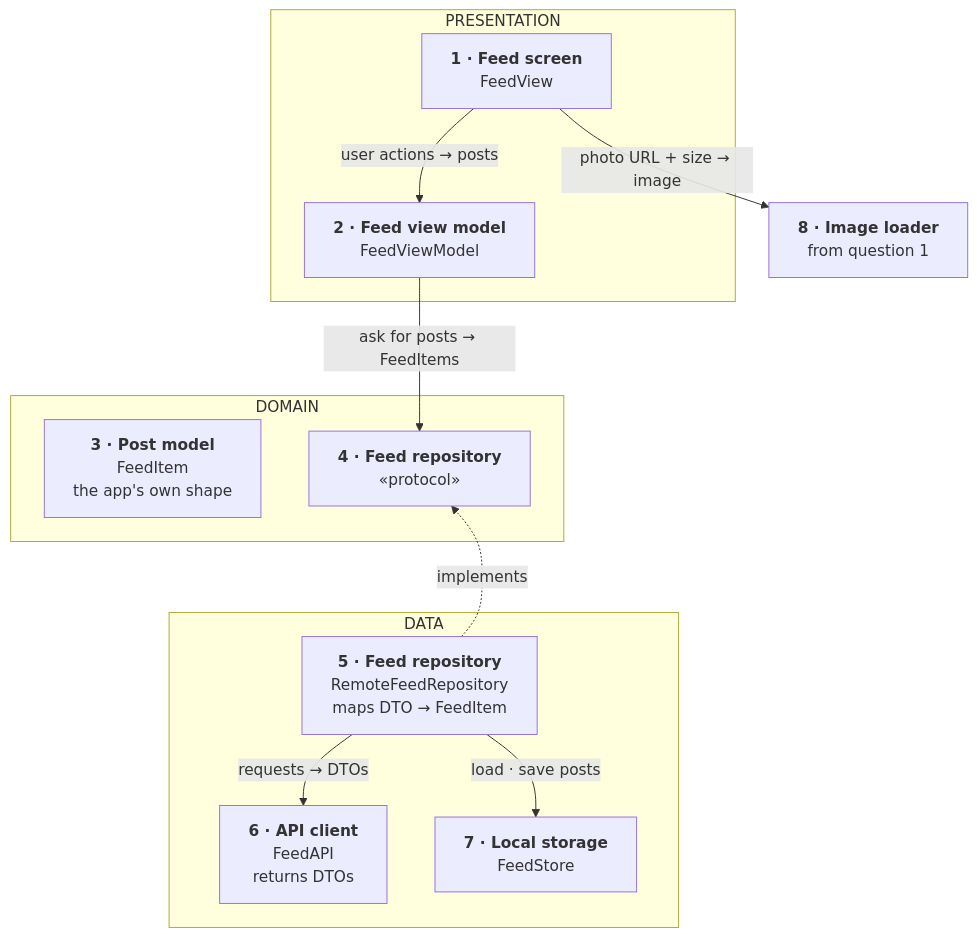
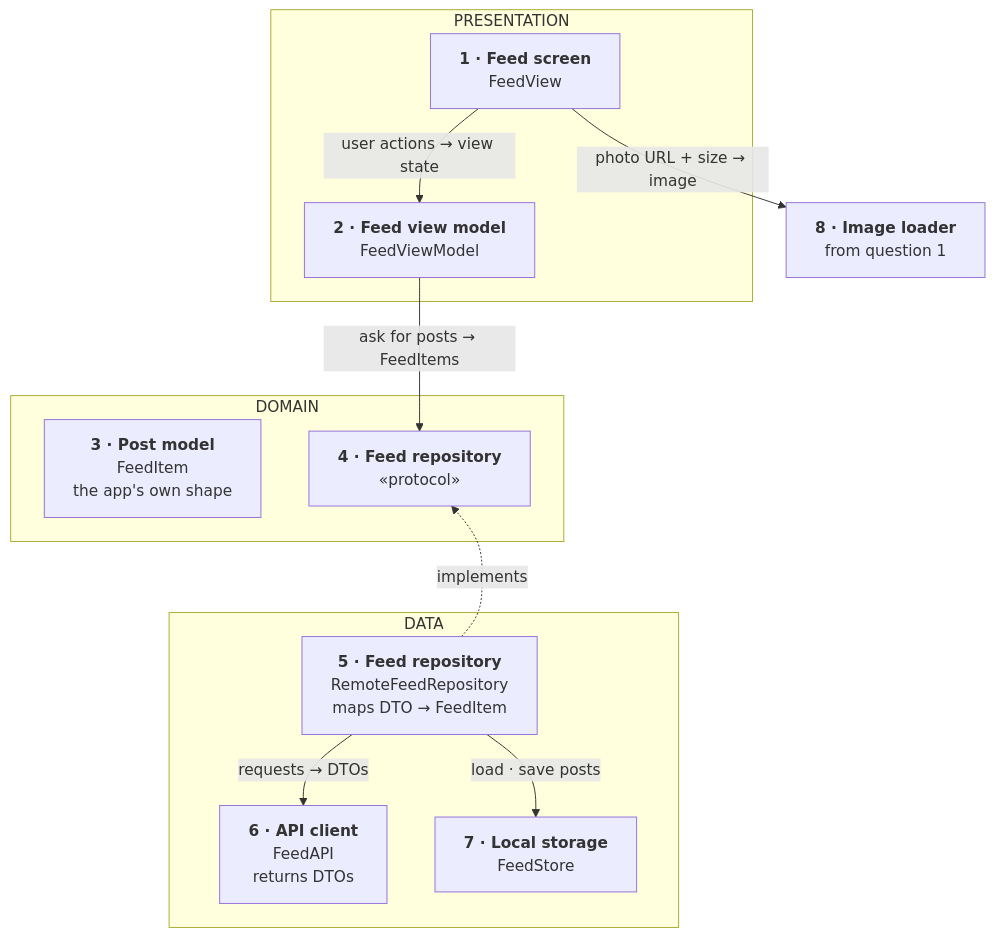
Before and after one commit to rezabina86/reference-desk: the first of 3 diagrams in topics/system-design/02-infinite-photo-feed.md, drawn with Mermaid. The commit also changed other lines of this file and 2 other files, not shown here.

````diff
--- a/topics/system-design/02-infinite-photo-feed.md
+++ b/topics/system-design/02-infinite-photo-feed.md
@@ -138,38 +139,38 @@
 ```mermaid
 flowchart TB
   subgraph P["PRESENTATION"]
     View["`**1 · Feed screen**
-FeedView`"] -- "user actions → posts" --> VM["`**2 · Feed view model**
+FeedView`"] -- "user actions → view state" --> VM["`**2 · Feed view model**
 FeedViewModel`"]
   end
   subgraph D["DOMAIN"]
     Item["`**3 · Post model**
 FeedItem
 the app's own shape`"]
     Repo["`**4 · Feed repository**
 «protocol»`"]
   end
   subgraph DA["DATA"]
     Impl["`**5 · Feed repository**
 RemoteFeedRepository
 maps DTO → FeedItem`"]
     API["`**6 · API client**
 FeedAPI
 returns DTOs`"]
     Store["`**7 · Local storage**
 FeedStore`"]
   end
   Pipe["`**8 · Image loader**
 from question 1`"]
   VM -- "ask for posts → FeedItems" --> Repo
   Repo ~~~ Impl
   Impl -. "implements" .-> Repo
   Impl -- "requests → DTOs" --> API
   Impl -- "load · save posts" --> Store
   View -- "photo URL + size → image" --> Pipe
   class View,VM pres
   class Item,Repo dom
   class Impl,Store data
   class API net
   class Pipe reuse
 ```
````
